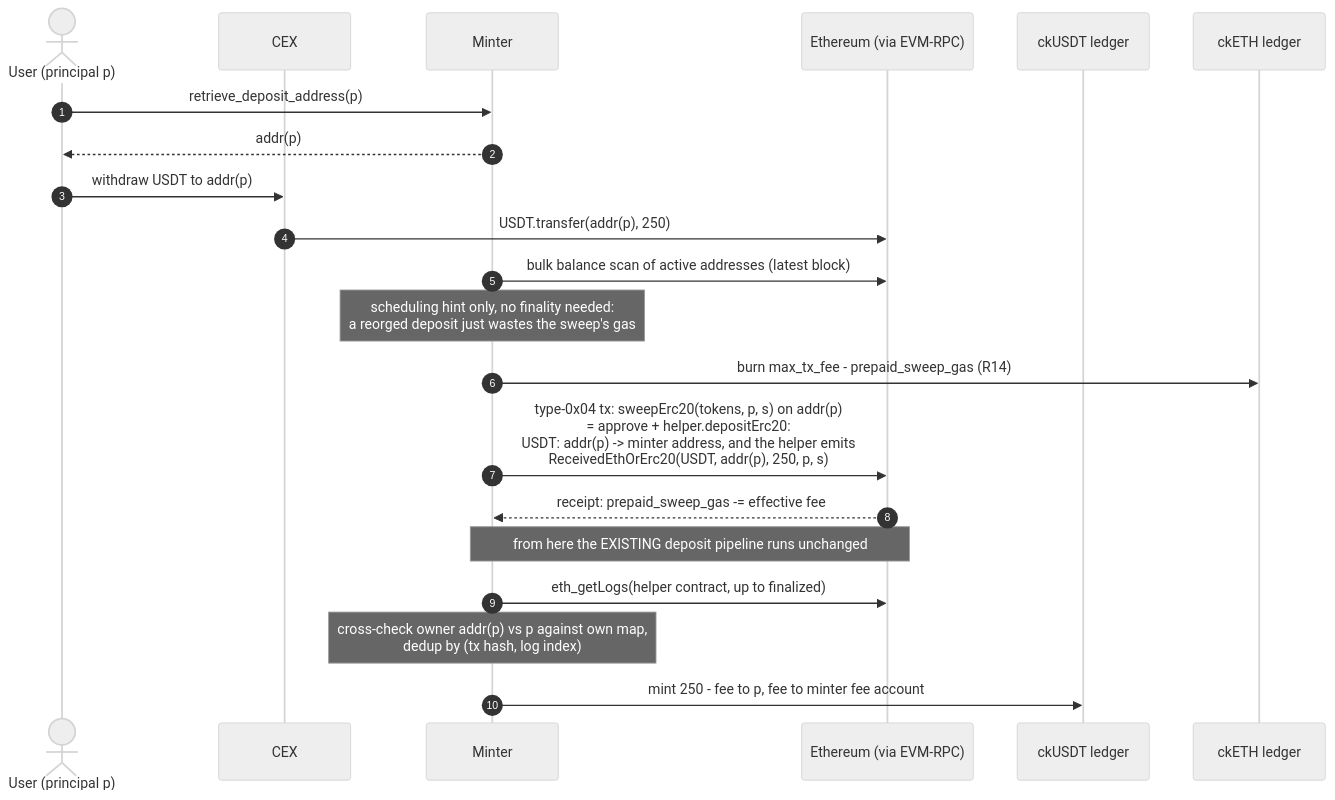
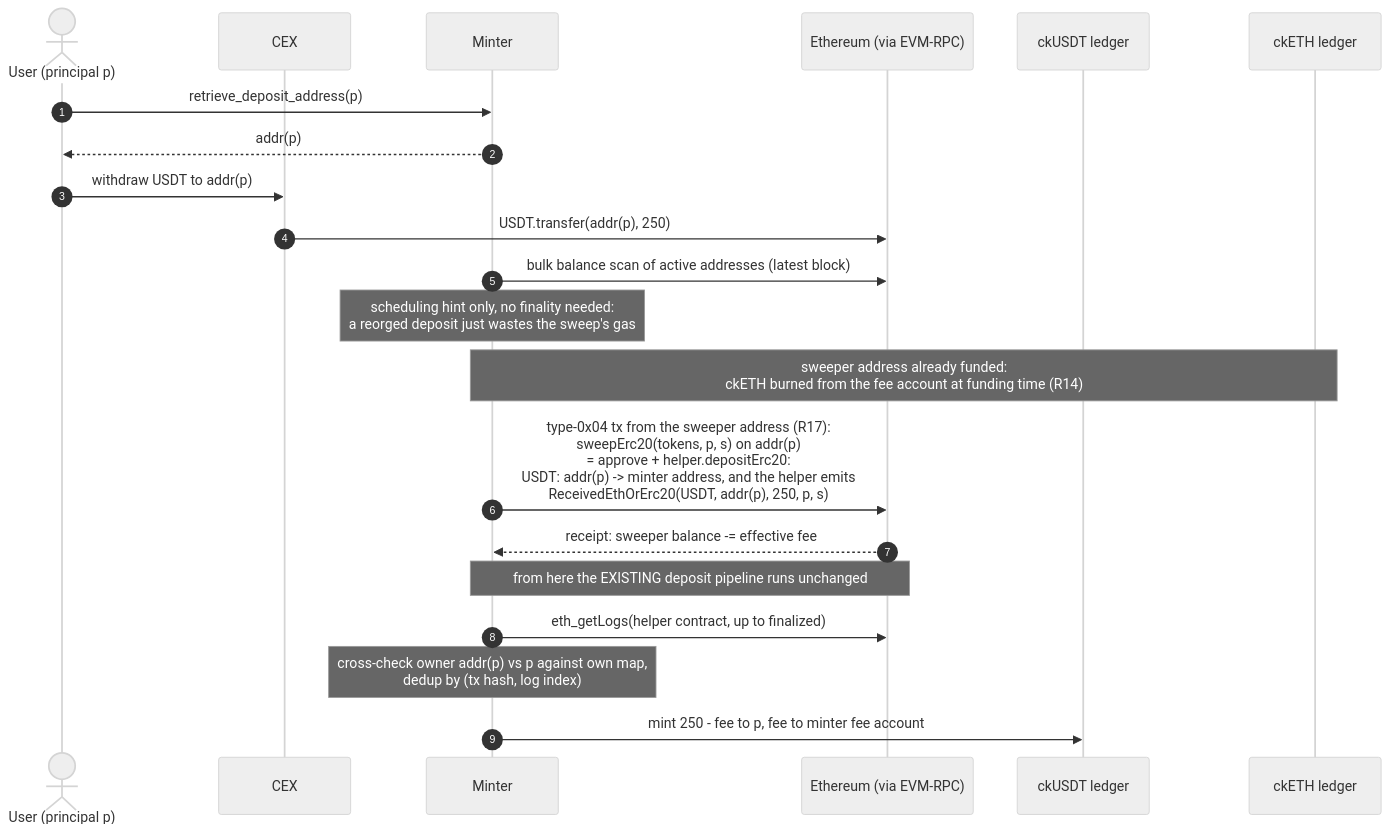
The second of 3 diagrams in rs/ethereum/cketh/docs/deposit_from_cex.md (dfinity/ic), drawn with Mermaid (neutral theme) before and after one commit. The commit also changed other lines of this file, not shown here.

````diff
--- a/rs/ethereum/cketh/docs/deposit_from_cex.md
+++ b/rs/ethereum/cketh/docs/deposit_from_cex.md
@@ -232,24 +233,24 @@
 ```mermaid
 sequenceDiagram
     autonumber
     actor User as User (principal p)
     participant CEX
     participant Minter
     participant Eth as Ethereum (via EVM-RPC)
     participant CkUsdtLedger as ckUSDT ledger
     participant CkEthLedger as ckETH ledger
 
     User->>Minter: retrieve_deposit_address(p)
     Minter-->>User: addr(p)
     User->>CEX: withdraw USDT to addr(p)
     CEX->>Eth: USDT.transfer(addr(p), 250)
     Minter->>Eth: bulk balance scan of active addresses (latest block)
     Note over Minter: scheduling hint only, no finality needed:<br/>a reorged deposit just wastes the sweep's gas
-    Minter->>CkEthLedger: burn max_tx_fee - prepaid_sweep_gas (R14)
-    Minter->>Eth: type-0x04 tx: sweepErc20(tokens, p, s) on addr(p)<br/>= approve + helper.depositErc20:<br/>USDT: addr(p) -> minter address, and the helper emits<br/>ReceivedEthOrErc20(USDT, addr(p), 250, p, s)
-    Eth-->>Minter: receipt: prepaid_sweep_gas -= effective fee
+    Note over Minter,CkEthLedger: sweeper address already funded:<br/>ckETH burned from the fee account at funding time (R14)
+    Minter->>Eth: type-0x04 tx from the sweeper address (R17):<br/>sweepErc20(tokens, p, s) on addr(p)<br/>= approve + helper.depositErc20:<br/>USDT: addr(p) -> minter address, and the helper emits<br/>ReceivedEthOrErc20(USDT, addr(p), 250, p, s)
+    Eth-->>Minter: receipt: sweeper balance -= effective fee
     Note over Minter,Eth: from here the EXISTING deposit pipeline runs unchanged
     Minter->>Eth: eth_getLogs(helper contract, up to finalized)
     Note over Minter: cross-check owner addr(p) vs p against own map,<br/>dedup by (tx hash, log index)
     Minter->>CkUsdtLedger: mint 250 - fee to p, fee to minter fee account
 ```
````
